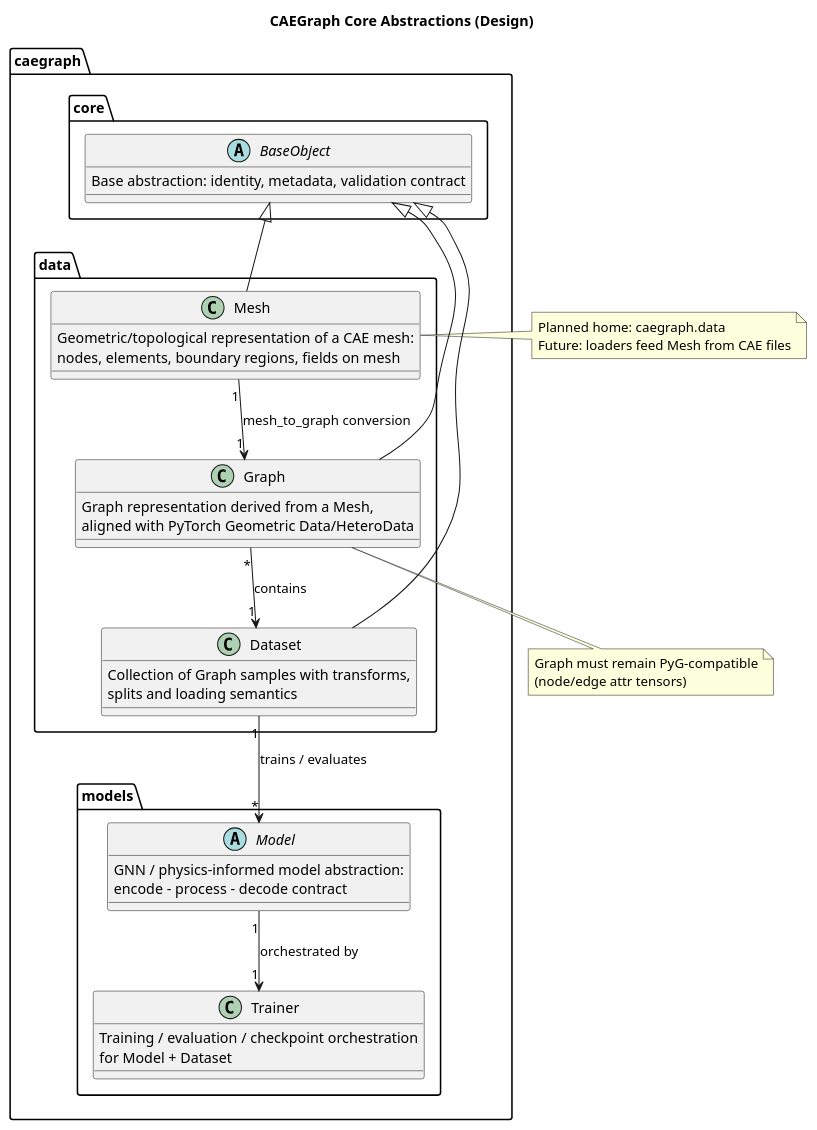
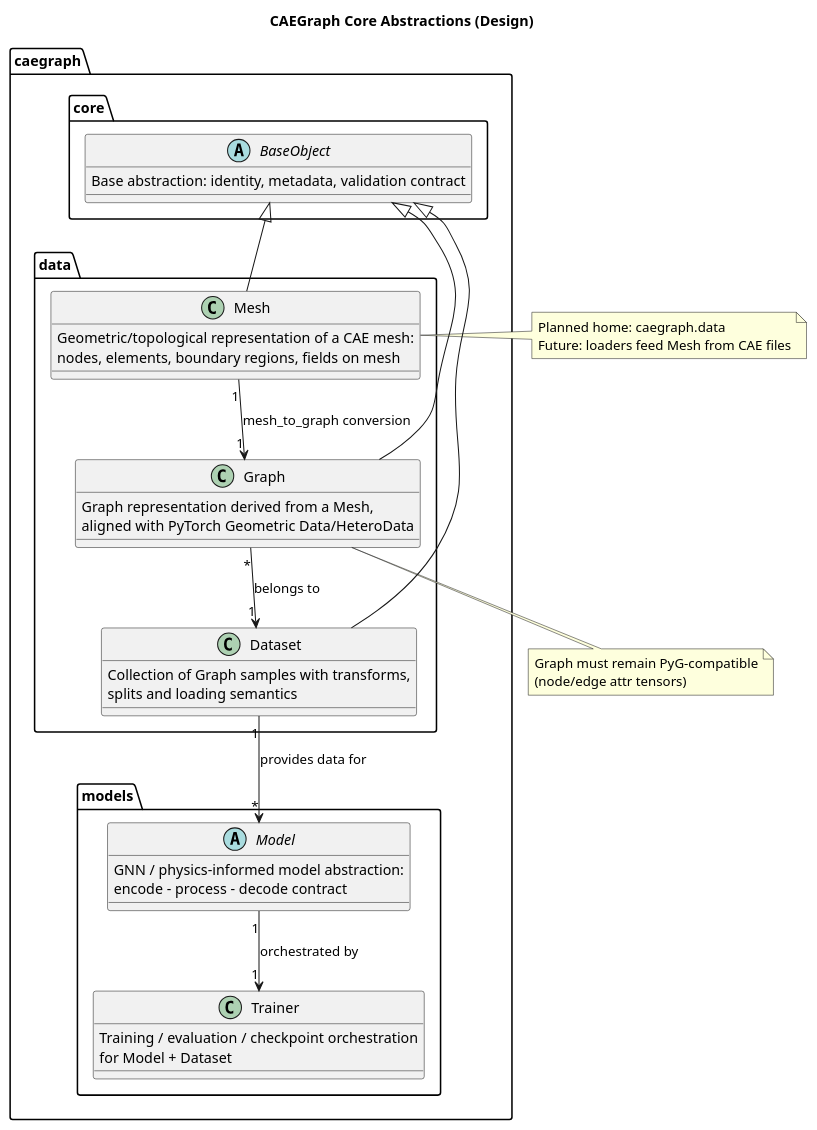
One commit to XYChouMian/caegraph changed the diagram in architecture/design/class_diagram.puml. Above: the diagram before and after it, drawn with PlantUML. The commit also changed 1 other file, not shown here.

Commit message:
arch(uml): fix abstraction count and relationship semantics

```diff
--- a/architecture/design/class_diagram.puml
+++ b/architecture/design/class_diagram.puml
@@ -1,69 +1,69 @@
 @startuml class_diagram
 ' =============================================================================
 ' CAEGraph - Design UML (Class Diagram)
 ' =============================================================================
 ' PURPOSE : "Planned design" - the core abstractions of CAEGraph.
 ' OWNER   : Architecture Agent
 ' RULES   :
 '   - Update this diagram BEFORE implementing code.
 '   - Show abstractions, responsibilities and relationships.
 '   - Do NOT enumerate concrete method signatures; that is Generated UML's job.
 ' GUIDE   : see architecture/UML_GUIDE.md
 ' =============================================================================
 
 title CAEGraph Core Abstractions (Design)
 
 package "caegraph.core" {
   abstract class BaseObject {
     Base abstraction: identity, metadata, validation contract
   }
 }
 
 package "caegraph.data" {
   class Mesh {
     Geometric/topological representation of a CAE mesh:
     nodes, elements, boundary regions, fields on mesh
   }
   class Graph {
     Graph representation derived from a Mesh,
     aligned with PyTorch Geometric Data/HeteroData
   }
   class Dataset {
     Collection of Graph samples with transforms,
     splits and loading semantics
   }
 }
 
 package "caegraph.models" {
   abstract class Model {
     GNN / physics-informed model abstraction:
     encode - process - decode contract
   }
   class Trainer {
     Training / evaluation / checkpoint orchestration
     for Model + Dataset
   }
 }
 
 ' --- Relationships -----------------------------------------------------------
 
 BaseObject <|-- Mesh
 BaseObject <|-- Graph
 BaseObject <|-- Dataset
 
 Mesh "1" --> "1" Graph : mesh_to_graph conversion
-Graph "*" --> "1" Dataset : contains
-Dataset "1" --> "*" Model : trains / evaluates
+Graph "*" --> "1" Dataset : belongs to
+Dataset "1" --> "*" Model : provides data for
 Model "1" --> "1" Trainer : orchestrated by
 
 note right of Mesh
   Planned home: caegraph.data
   Future: loaders feed Mesh from CAE files
 end note
 
 note bottom of Graph
   Graph must remain PyG-compatible
   (node/edge attr tensors)
 end note
 
 @enduml
```
